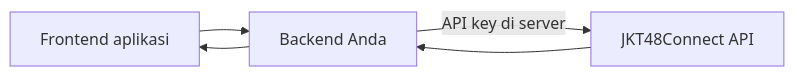
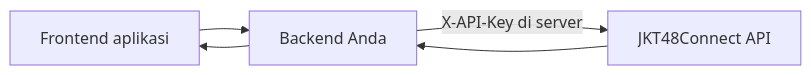
One commit to Valzyys/jkt48showroom-api changed the diagram in workers/docs/public/autentikasi-dan-integrasi.md. Above: the diagram before and after it, drawn with Mermaid. The commit also changed other lines of this file and 34 other files, not shown here.

````diff
--- a/workers/docs/public/autentikasi-dan-integrasi.md
+++ b/workers/docs/public/autentikasi-dan-integrasi.md
@@ -31,7 +59,7 @@
 ```mermaid
 flowchart LR
   A[Frontend aplikasi] --> B[Backend Anda]
-  B -->|API key di server| C[JKT48Connect API]
+  B -->|X-API-Key di server| C[JKT48Connect API]
   C --> B
   B --> A
 ```
````
